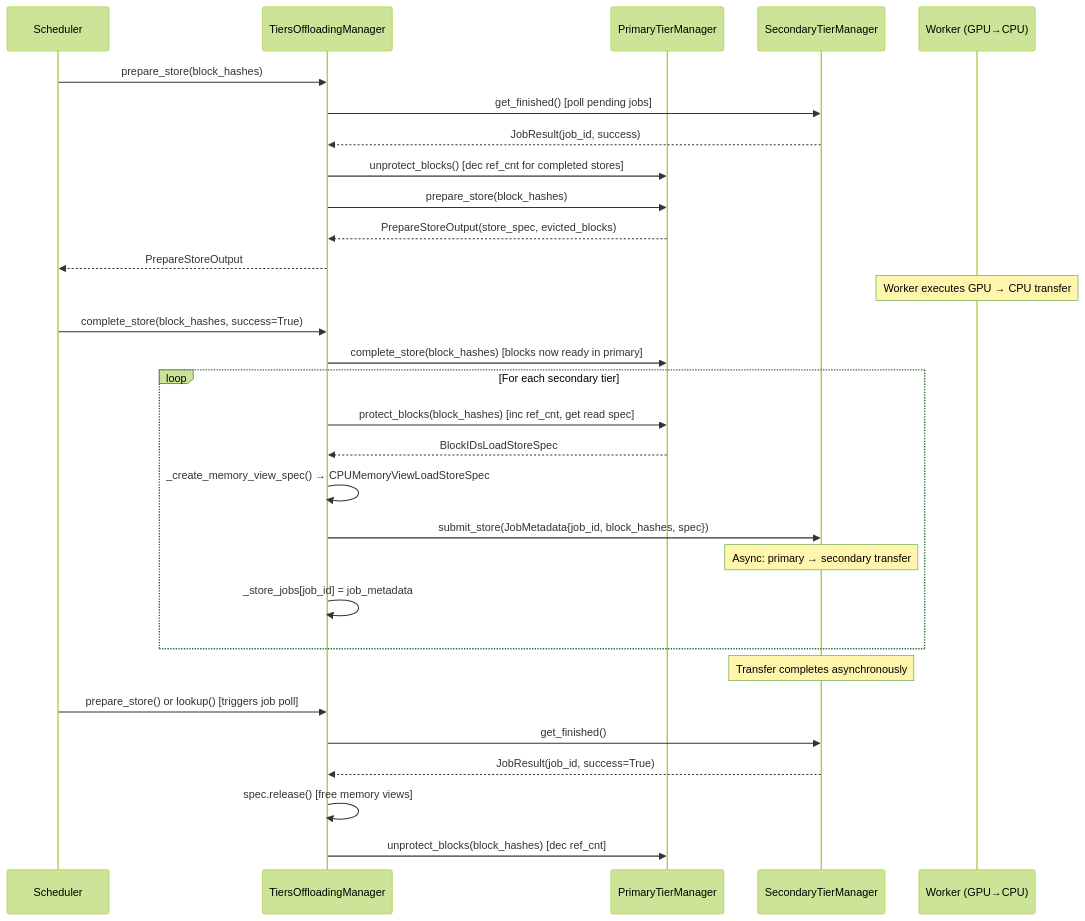
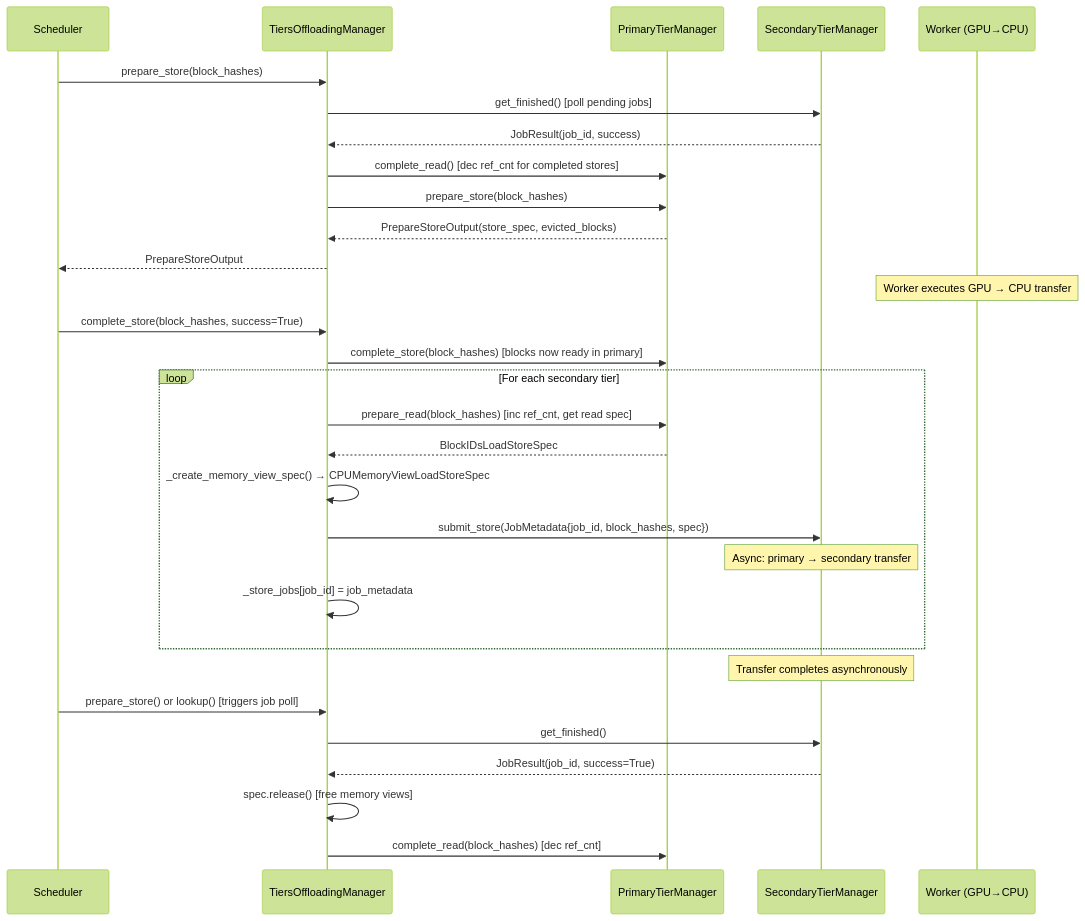
The third of 6 diagrams in vllm/v1/kv_offload/tiered_offloading.md (rshavitt/vllm), drawn with Mermaid (forest theme) before and after one commit. The commit also changed other lines of this file and 2 other files, not shown here.

````diff
--- a/vllm/v1/kv_offload/tiered_offloading.md
+++ b/vllm/v1/kv_offload/tiered_offloading.md
@@ -705,38 +705,38 @@
 ```mermaid
 sequenceDiagram
     participant S as Scheduler
     participant TOM as TiersOffloadingManager
     participant PT as PrimaryTierManager
     participant ST as SecondaryTierManager
     participant W as Worker (GPU→CPU)
 
     S->>TOM: prepare_store(block_hashes)
     TOM->>ST: get_finished() [poll pending jobs]
     ST-->>TOM: JobResult(job_id, success)
-    TOM->>PT: unprotect_blocks() [dec ref_cnt for completed stores]
+    TOM->>PT: complete_read() [dec ref_cnt for completed stores]
     TOM->>PT: prepare_store(block_hashes)
     PT-->>TOM: PrepareStoreOutput(store_spec, evicted_blocks)
     TOM-->>S: PrepareStoreOutput
 
     Note over W: Worker executes GPU → CPU transfer
 
     S->>TOM: complete_store(block_hashes, success=True)
     TOM->>PT: complete_store(block_hashes) [blocks now ready in primary]
 
     loop For each secondary tier
-        TOM->>PT: protect_blocks(block_hashes) [inc ref_cnt, get read spec]
+        TOM->>PT: prepare_read(block_hashes) [inc ref_cnt, get read spec]
         PT-->>TOM: BlockIDsLoadStoreSpec
         TOM->>TOM: _create_memory_view_spec() → CPUMemoryViewLoadStoreSpec
         TOM->>ST: submit_store(JobMetadata{job_id, block_hashes, spec})
         Note over ST: Async: primary → secondary transfer
         TOM->>TOM: _store_jobs[job_id] = job_metadata
     end
 
     Note over ST: Transfer completes asynchronously
 
     S->>TOM: prepare_store() or lookup() [triggers job poll]
     TOM->>ST: get_finished()
     ST-->>TOM: JobResult(job_id, success=True)
     TOM->>TOM: spec.release() [free memory views]
-    TOM->>PT: unprotect_blocks(block_hashes) [dec ref_cnt]
+    TOM->>PT: complete_read(block_hashes) [dec ref_cnt]
 ```
````
